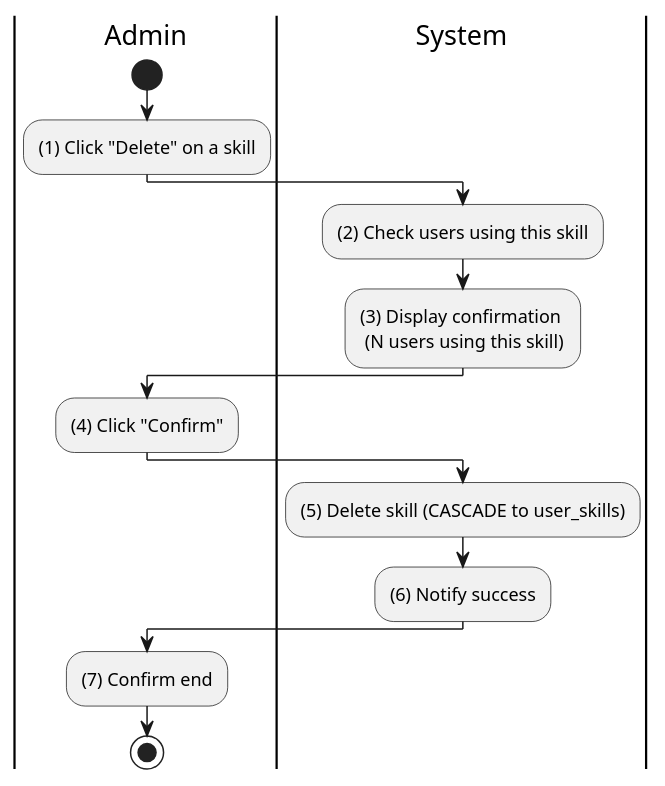
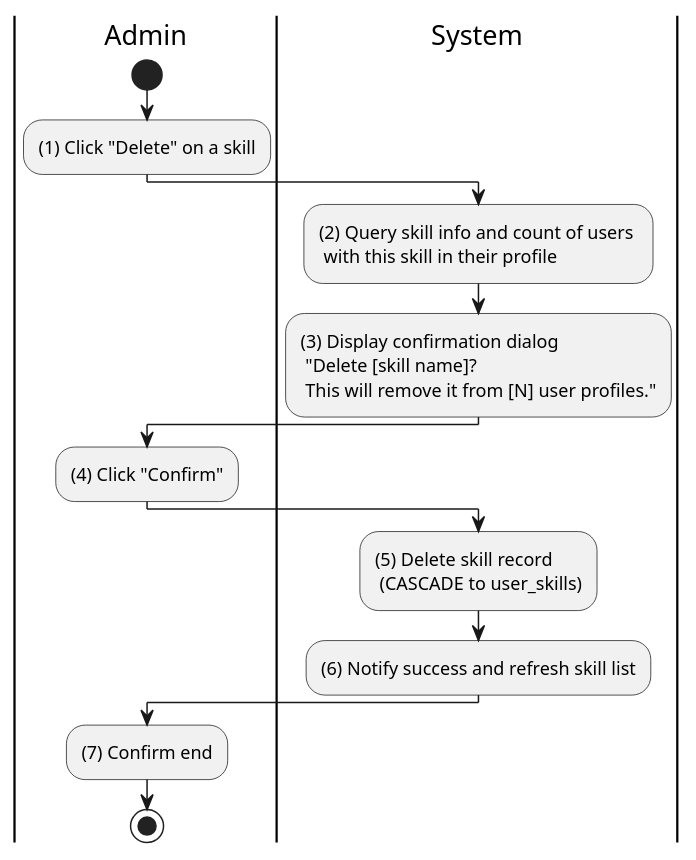
The diagram in docs/docs/activity/admin/delete-system-skill.md (taskpilot-platform/taskpilot-platform.github.io), drawn with PlantUML before and after one commit. The commit also changed 14 other files, not shown here.

First line of the commit message:
feat(activity): expand batch 2 activity diagrams to ~40-50 lines

````diff
--- a/docs/docs/activity/admin/delete-system-skill.md
+++ b/docs/docs/activity/admin/delete-system-skill.md
@@ -3,26 +3,26 @@
 ```plantuml
 @startuml
 |A|Admin
 |S|System
 
 |A|
 start
 :(1) Click "Delete" on a skill;
 
 |S|
-:(2) Check users using this skill;
-:(3) Display confirmation \n (N users using this skill);
+:(2) Query skill info and count of users \n with this skill in their profile;
+:(3) Display confirmation dialog \n "Delete [skill name]? \n This will remove it from [N] user profiles.";
 
 |A|
 :(4) Click "Confirm";
 
 |S|
-:(5) Delete skill (CASCADE to user_skills);
-:(6) Notify success;
+:(5) Delete skill record \n (CASCADE to user_skills);
+:(6) Notify success and refresh skill list;
 
 |A|
 :(7) Confirm end;
 
 stop
 @enduml
 ```
````
